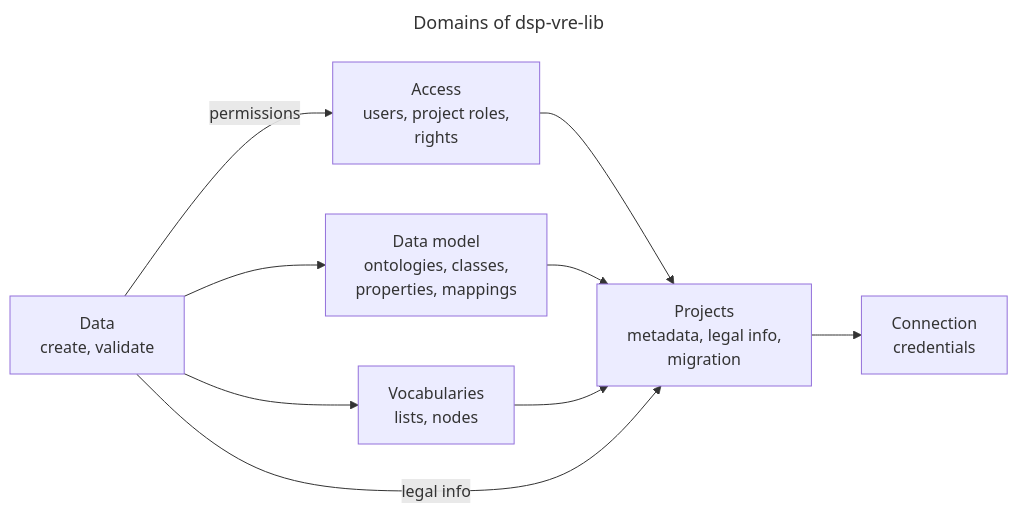
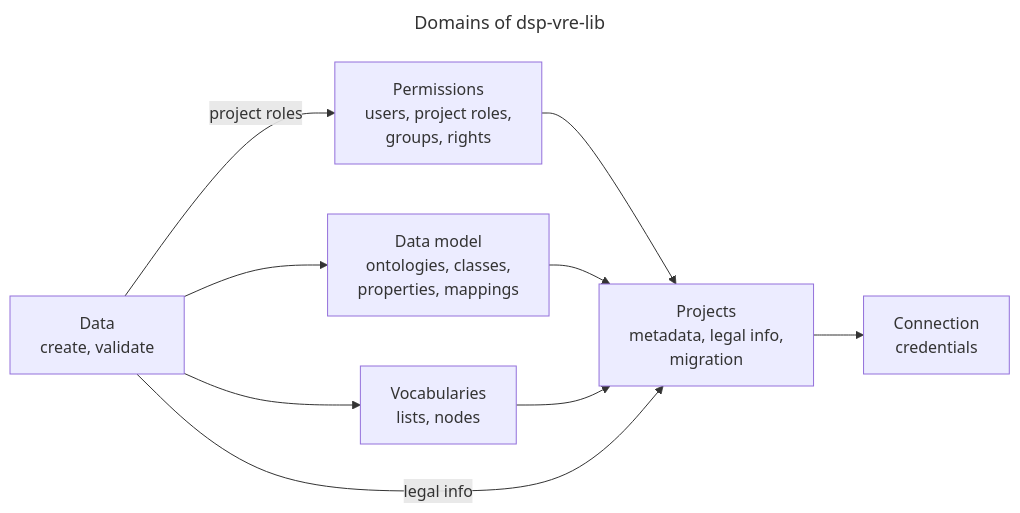
One commit to dasch-swiss/dsp-tools changed the second of 2 diagrams in docs/dsp-tools-split/ADR-dsp-vre-lib.md. Above: the diagram before and after it, drawn with Mermaid. The commit also changed other lines of this file and 3 other files, not shown here.

````diff
--- a/docs/dsp-tools-split/ADR-dsp-vre-lib.md
+++ b/docs/dsp-tools-split/ADR-dsp-vre-lib.md
@@ -129,21 +152,21 @@
 ```mermaid
 ---
 title: Domains of dsp-vre-lib
 ---
 flowchart LR
     connection["Connection<br/>credentials"]
     projects["Projects<br/>metadata, legal info,<br/>migration"]
-    access["Access<br/>users, project roles,<br/>rights"]
+    permissions["Permissions<br/>users, project roles,<br/>groups, rights"]
     datamodel["Data model<br/>ontologies, classes,<br/>properties, mappings"]
     vocabularies["Vocabularies<br/>lists, nodes"]
     data["Data<br/>create, validate"]
 
     projects --> connection
-    access --> projects
+    permissions --> projects
     datamodel --> projects
     vocabularies --> projects
     data --> datamodel
     data --> vocabularies
     data -->|legal info| projects
-    data -->|permissions| access
+    data -->|project roles| permissions
 ```
````
